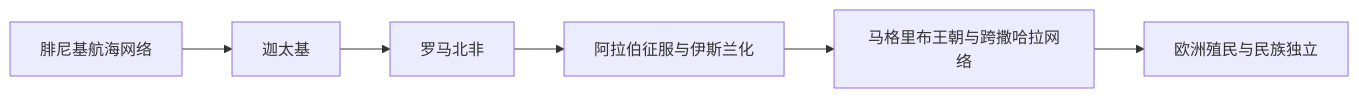
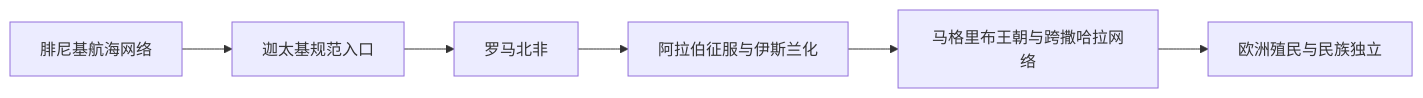
One commit to tianlan-dev/learning-notes changed the diagram in 人文科学/历史/北非/_通史/README.md. Above: the diagram before and after it, drawn with Mermaid. The commit also changed other lines of this file and 159 other files, not shown here.

````diff
--- a/人文科学/历史/北非/_通史/README.md
+++ b/人文科学/历史/北非/_通史/README.md
@@ -13,8 +20,8 @@
 ```mermaid
 flowchart LR
-    Phoenicia["腓尼基航海网络"] --> Carthage["迦太基"]
+    Phoenicia["腓尼基航海网络"] --> Carthage["迦太基规范入口"]
     Carthage --> Rome["罗马北非"]
     Rome --> Islamic["阿拉伯征服与伊斯兰化"]
     Islamic --> Maghreb["马格里布王朝与跨撒哈拉网络"]
     Maghreb --> Colonial["欧洲殖民与民族独立"]
 ```
````
